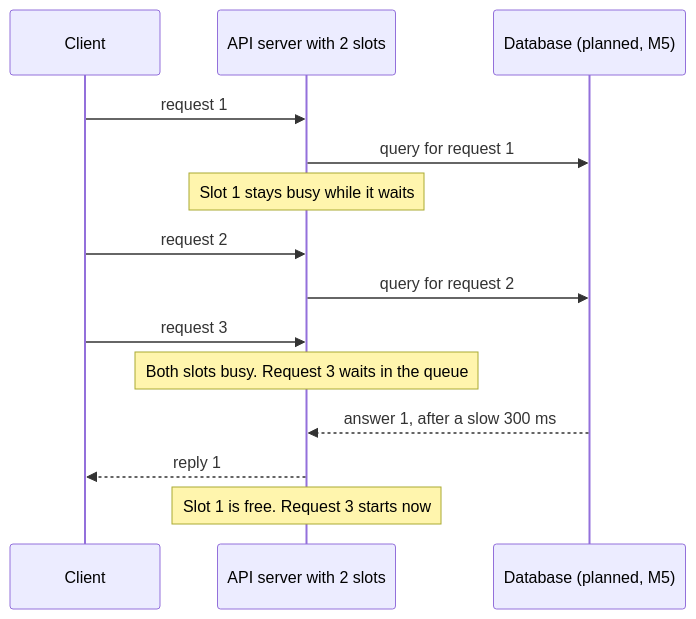
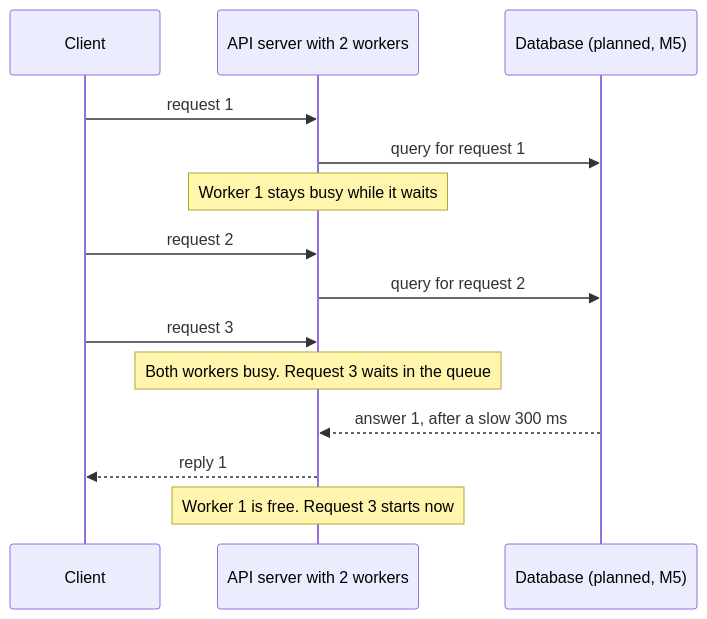
Before and after one commit to ThegeekyAbhi/rectangles: the fourth of 6 diagrams in simulation-algorithm.md, drawn with Mermaid. The commit also changed other lines of this file and 78 other files, not shown here.

First line of the commit message:
Refactor API server configuration to use slotServer for consistent queueing behavior

````diff
--- a/simulation-algorithm.md
+++ b/simulation-algorithm.md
@@ -175,16 +180,16 @@
 ```mermaid
 sequenceDiagram
   participant C as Client
-  participant A as API server with 2 slots
+  participant A as API server with 2 workers
   participant D as Database (planned, M5)
   C->>A: request 1
   A->>D: query for request 1
-  Note over A: Slot 1 stays busy while it waits
+  Note over A: Worker 1 stays busy while it waits
   C->>A: request 2
   A->>D: query for request 2
   C->>A: request 3
-  Note over A: Both slots busy. Request 3 waits in the queue
+  Note over A: Both workers busy. Request 3 waits in the queue
   D-->>A: answer 1, after a slow 300 ms
   A-->>C: reply 1
-  Note over A: Slot 1 is free. Request 3 starts now
+  Note over A: Worker 1 is free. Request 3 starts now
 ```
````
